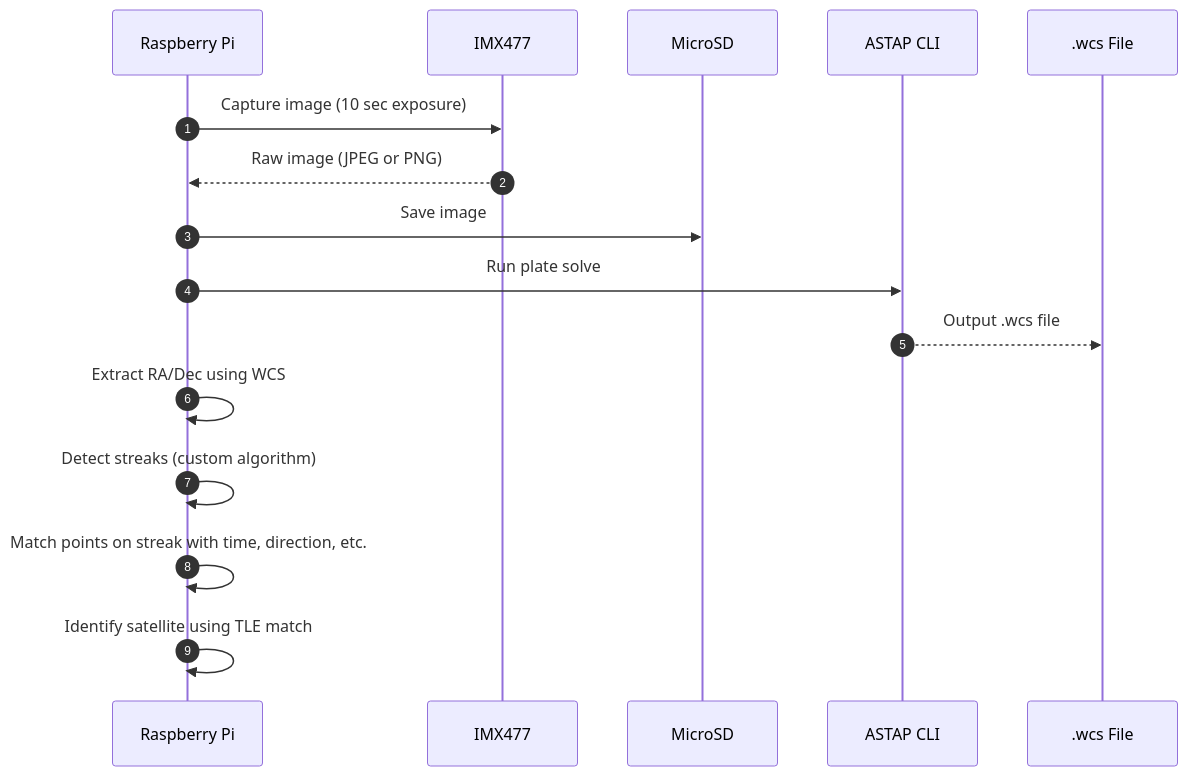
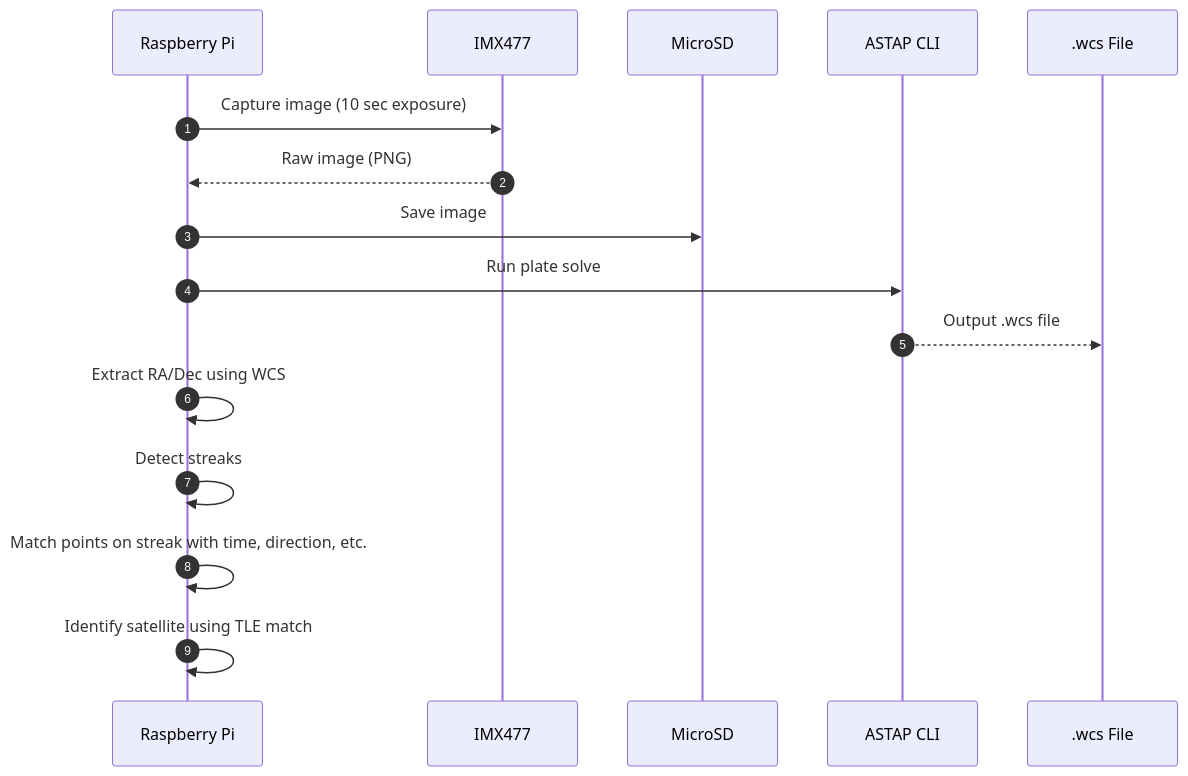
Before and after one commit to Dave-21/UPHDAS: the third of 6 diagrams in docs/UPHDAS_Sequence_Diagrams.md, drawn with Mermaid. The commit also changed other lines of this file, not shown here.

````diff
--- a/docs/UPHDAS_Sequence_Diagrams.md
+++ b/docs/UPHDAS_Sequence_Diagrams.md
@@ -46,19 +47,19 @@
 ```mermaid
 sequenceDiagram
     autonumber
     participant Pi as Raspberry Pi
     participant Camera as IMX477
     participant Storage as MicroSD
     participant ASTAP as ASTAP CLI
     participant WCS as .wcs File
 
     Pi->>Camera: Capture image (10 sec exposure)
-    Camera-->>Pi: Raw image (JPEG or PNG)
+    Camera-->>Pi: Raw image (PNG)
     Pi->>Storage: Save image
     Pi->>ASTAP: Run plate solve
     ASTAP-->>WCS: Output .wcs file
     Pi->>Pi: Extract RA/Dec using WCS
-    Pi->>Pi: Detect streaks (custom algorithm)
+    Pi->>Pi: Detect streaks
     Pi->>Pi: Match points on streak with time, direction, etc.
     Pi->>Pi: Identify satellite using TLE match
 ```
````
